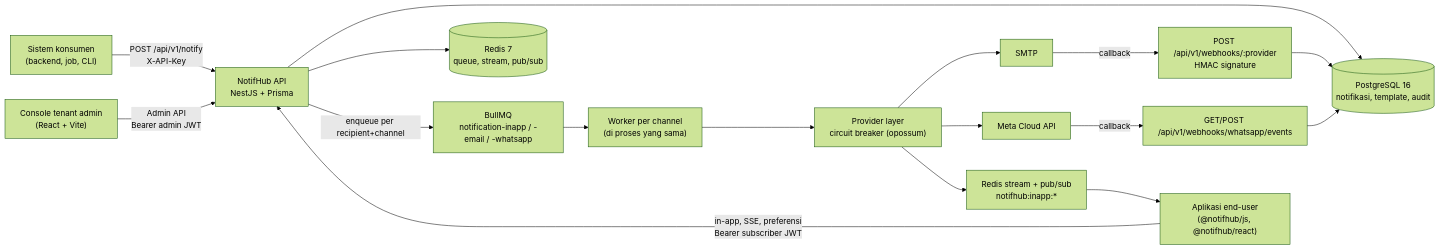
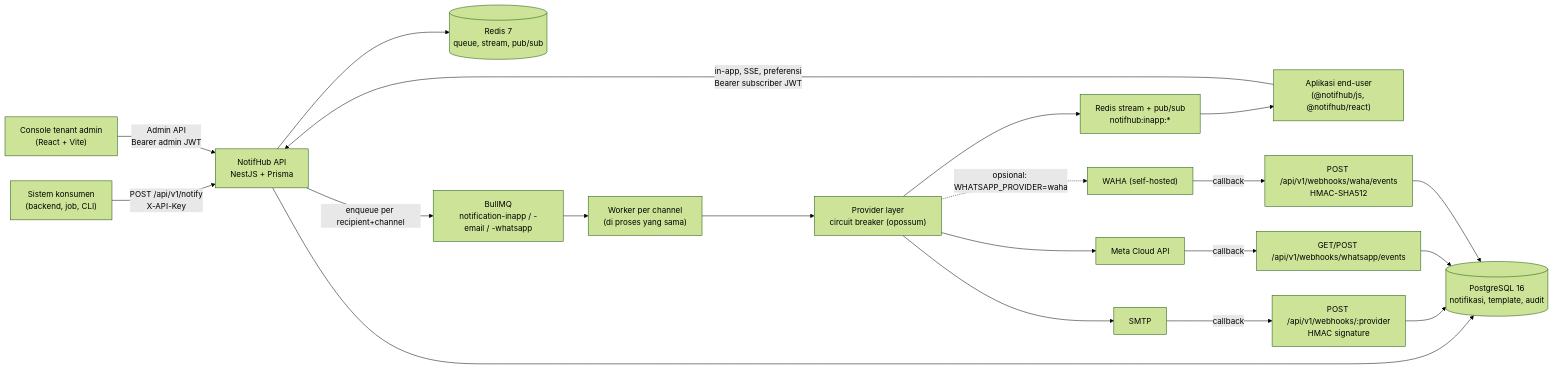
The first of 2 diagrams in docs/architecture/overview.md (hamdanidev/notifhub), drawn with Mermaid (forest theme) before and after one commit. The commit also changed other lines of this file and 27 other files, not shown here.

First line of the commit message:
feat(whatsapp): add WAHA provider

````diff
--- a/docs/architecture/overview.md
+++ b/docs/architecture/overview.md
@@ -12,21 +12,24 @@
 ```mermaid
 flowchart LR
   consumer["Sistem konsumen<br/>(backend, job, CLI)"] -->|"POST /api/v1/notify<br/>X-API-Key"| api
   console["Console tenant admin<br/>(React + Vite)"] -->|"Admin API<br/>Bearer admin JWT"| api
   enduser["Aplikasi end-user<br/>(@notifhub/js, @notifhub/react)"] -->|"in-app, SSE, preferensi<br/>Bearer subscriber JWT"| api
 
   api["NotifHub API<br/>NestJS + Prisma"] --> db[("PostgreSQL 16<br/>notifikasi, template, audit")]
   api --> redis[("Redis 7<br/>queue, stream, pub/sub")]
   api -->|"enqueue per recipient+channel"| q["BullMQ<br/>notification-inapp / -email / -whatsapp"]
   q --> worker["Worker per channel<br/>(di proses yang sama)"]
   worker --> providers["Provider layer<br/>circuit breaker (opossum)"]
   providers --> smtp["SMTP"]
   providers --> meta["Meta Cloud API"]
   providers --> bus["Redis stream + pub/sub<br/>notifhub:inapp:*"]
 
   smtp -->|"callback"| webhook["POST /api/v1/webhooks/:provider<br/>HMAC signature"]
   meta -->|"callback"| wawebhook["GET/POST /api/v1/webhooks/whatsapp/events"]
+  providers -.->|"opsional: WHATSAPP_PROVIDER=waha"| waha["WAHA (self-hosted)"]
+  waha -->|"callback"| wahahook["POST /api/v1/webhooks/waha/events<br/>HMAC-SHA512"]
   webhook --> db
   wawebhook --> db
+  wahahook --> db
   bus --> enduser
 ```
````
